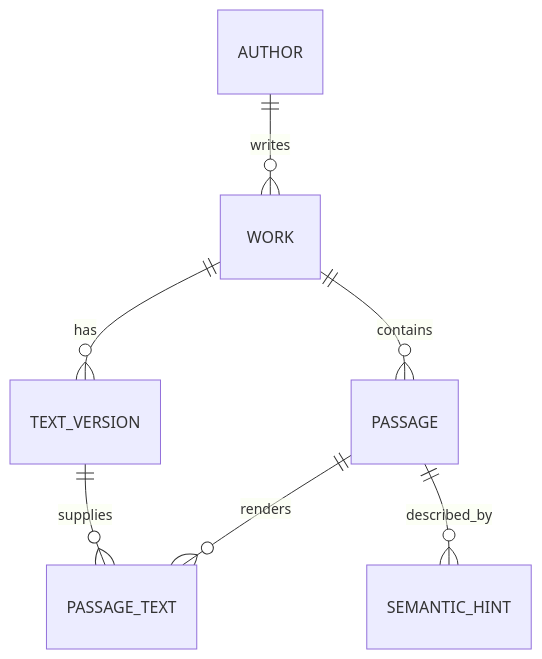
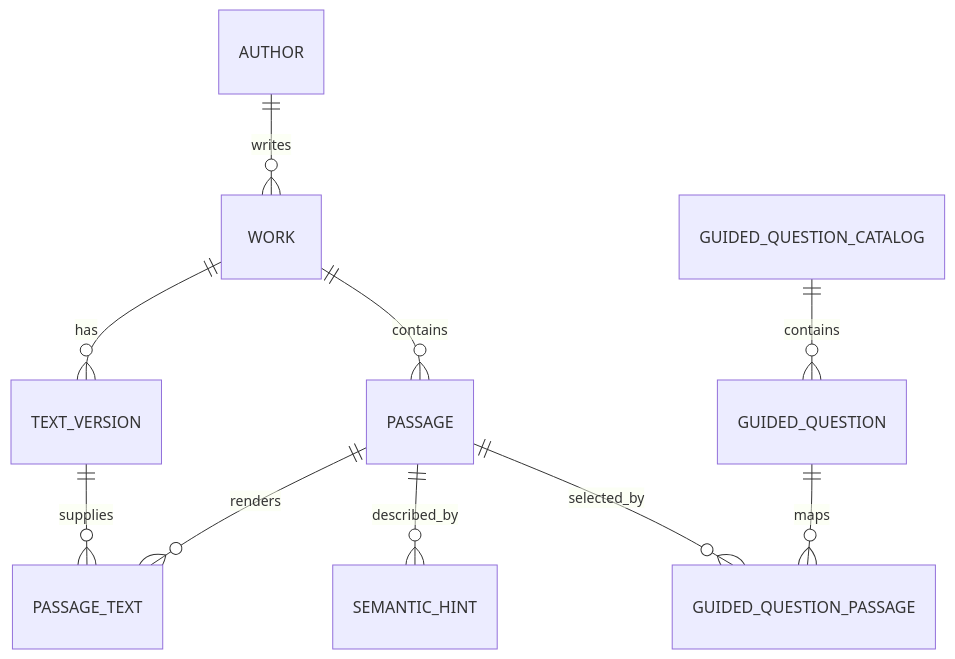
One commit to folk21/sibyl changed the diagram in docs/CORPUS_FORMAT.md. Above: the diagram before and after it, drawn with Mermaid. The commit also changed other lines of this file and 59 other files, not shown here.

Commit message:
add to Desktop a guided-question functionality

````diff
--- a/docs/CORPUS_FORMAT.md
+++ b/docs/CORPUS_FORMAT.md
@@ -16,9 +16,12 @@
 ```mermaid
 erDiagram
     AUTHOR ||--o{ WORK : writes
     WORK ||--o{ TEXT_VERSION : has
     WORK ||--o{ PASSAGE : contains
     PASSAGE ||--o{ PASSAGE_TEXT : renders
     TEXT_VERSION ||--o{ PASSAGE_TEXT : supplies
     PASSAGE ||--o{ SEMANTIC_HINT : described_by
+    GUIDED_QUESTION_CATALOG ||--o{ GUIDED_QUESTION : contains
+    GUIDED_QUESTION ||--o{ GUIDED_QUESTION_PASSAGE : maps
+    PASSAGE ||--o{ GUIDED_QUESTION_PASSAGE : selected_by
 ```
````
